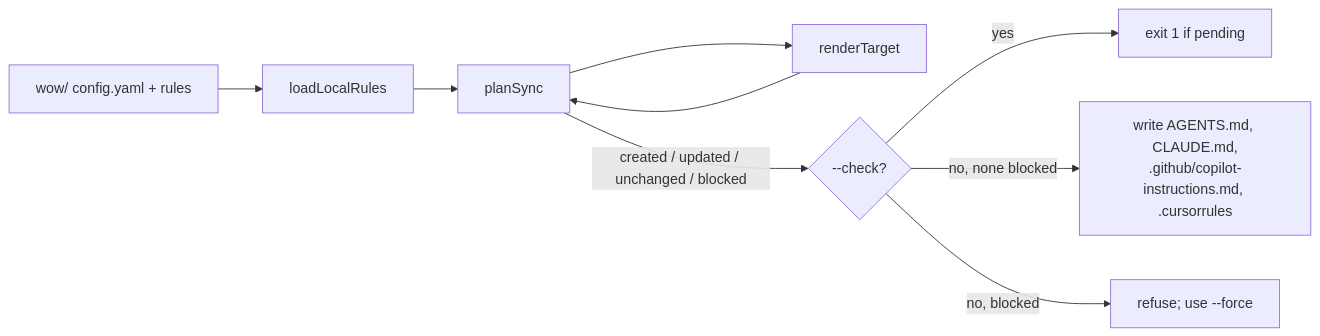
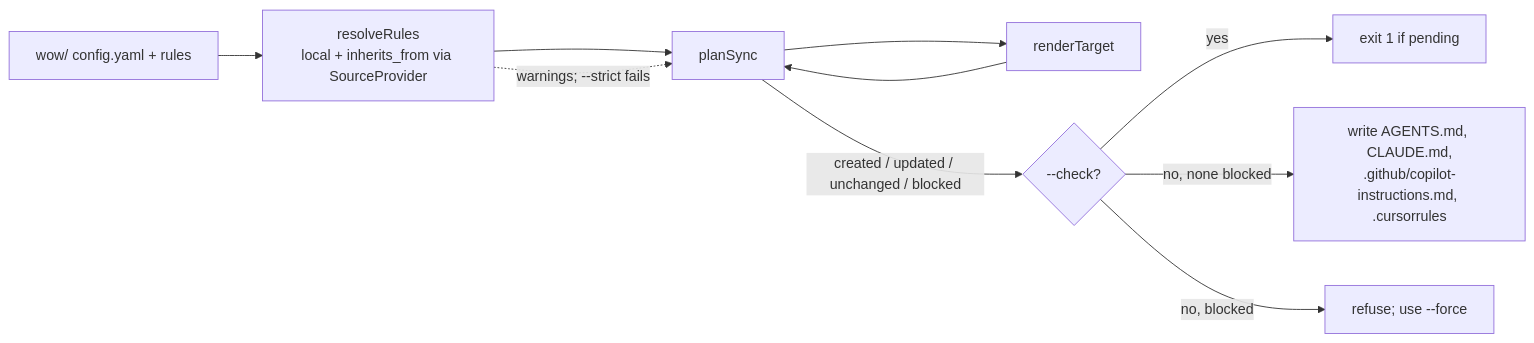
The diagram in docs/diagrams/sync-flow.mmd (goncalovalverde/wow-as-code), drawn with Mermaid before and after one commit. The commit also changed 17 other files, not shown here.

Commit message:
feat(cli): remote Git sources, source provider contract, hard-lock validation; update docs

```diff
--- a/docs/diagrams/sync-flow.mmd
+++ b/docs/diagrams/sync-flow.mmd
@@ -1,9 +1,10 @@
 flowchart LR
-  W[wow/ config.yaml + rules] --> L[loadLocalRules]
+  W[wow/ config.yaml + rules] --> L[resolveRules<br/>local + inherits_from via SourceProvider]
   L --> P[planSync]
+  L -.->|warnings; --strict fails| P
   P --> R[renderTarget]
   R --> P
   P -->|created / updated / unchanged / blocked| C{--check?}
   C -->|yes| X[exit 1 if pending]
   C -->|no, none blocked| F[write AGENTS.md, CLAUDE.md,<br/>.github/copilot-instructions.md, .cursorrules]
   C -->|no, blocked| E[refuse; use --force]
```
